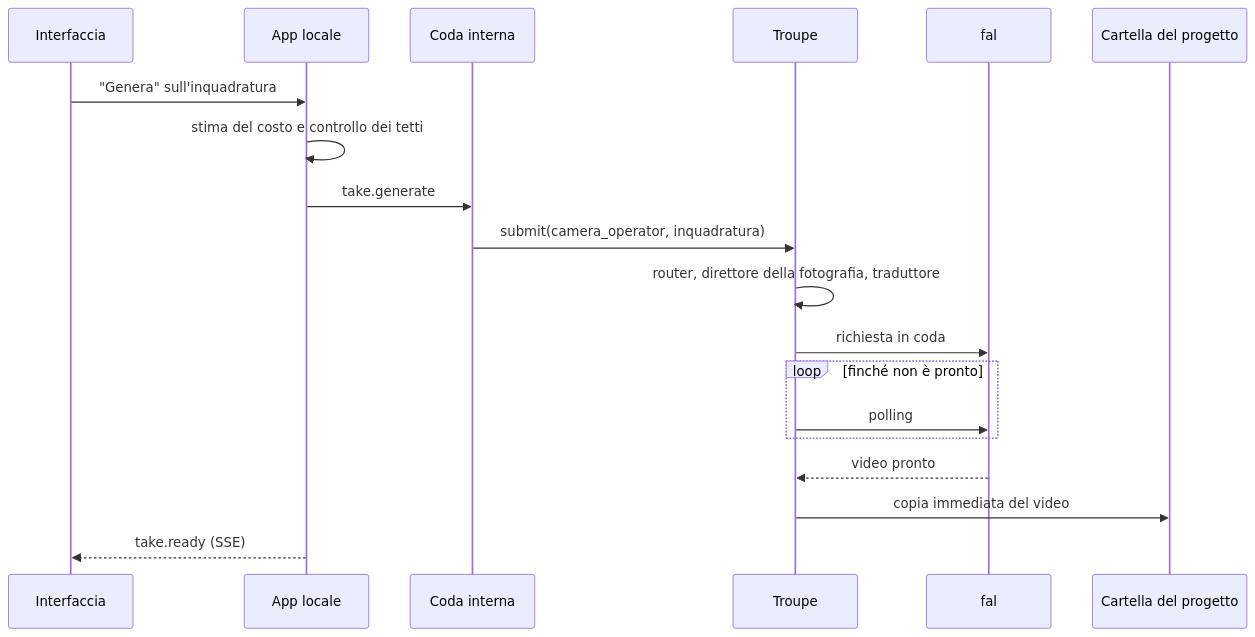
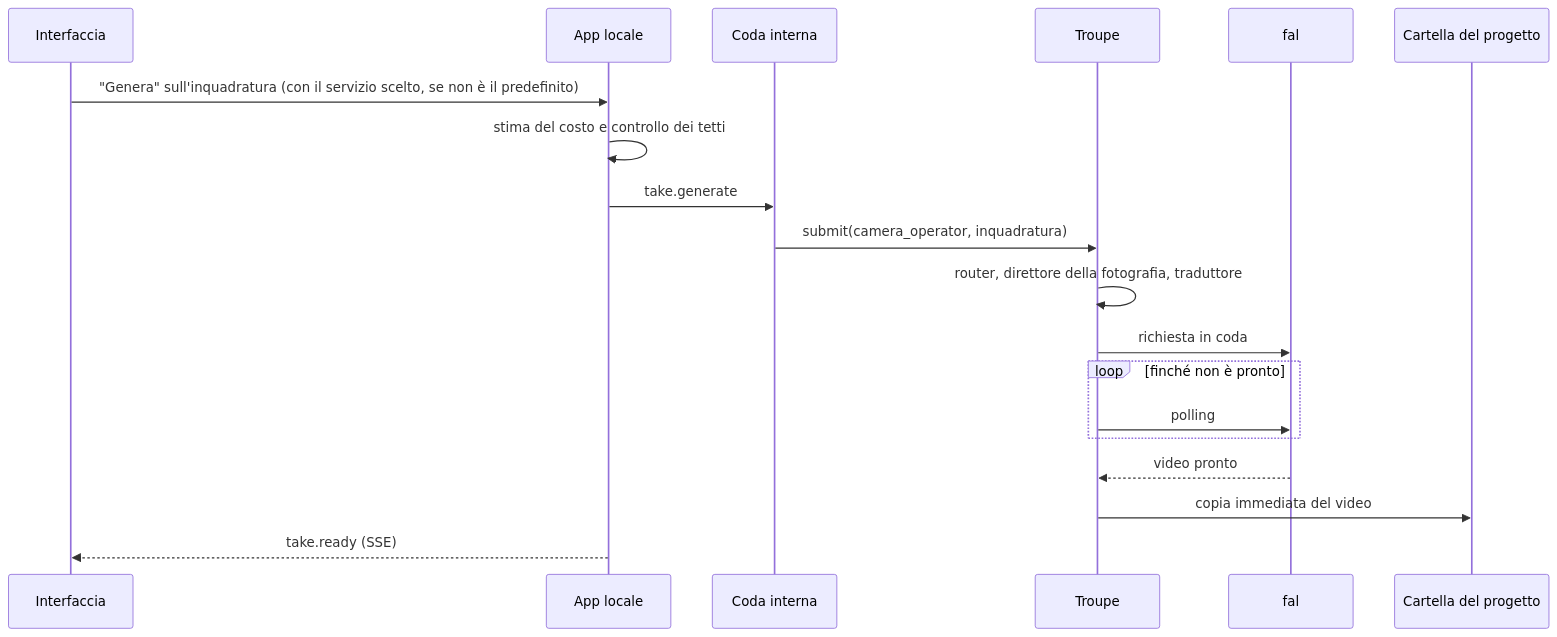
Before and after one commit to Hacca13/Filmzy: the diagram in docs/architettura.md, drawn with Mermaid. The commit also changed other lines of this file and 5 other files, not shown here.

````diff
--- a/docs/architettura.md
+++ b/docs/architettura.md
@@ -410,21 +440,21 @@
 ```mermaid
 sequenceDiagram
   participant W as Interfaccia
   participant A as App locale
   participant Q as Coda interna
   participant T as Troupe
   participant F as fal
   participant S as Cartella del progetto
-  W->>A: "Genera" sull'inquadratura
+  W->>A: "Genera" sull'inquadratura (con il servizio scelto, se non è il predefinito)
   A->>A: stima del costo e controllo dei tetti
   A->>Q: take.generate
   Q->>T: submit(camera_operator, inquadratura)
   T->>T: router, direttore della fotografia, traduttore
   T->>F: richiesta in coda
   loop finché non è pronto
     T->>F: polling
   end
   F-->>T: video pronto
   T->>S: copia immediata del video
   A-->>W: take.ready (SSE)
 ```
````
